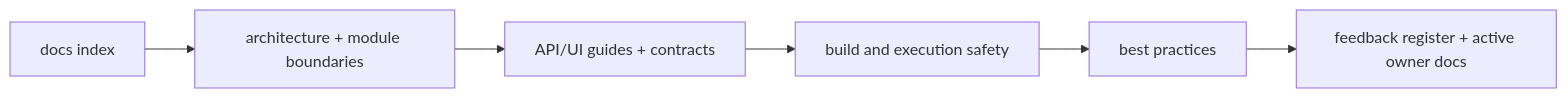
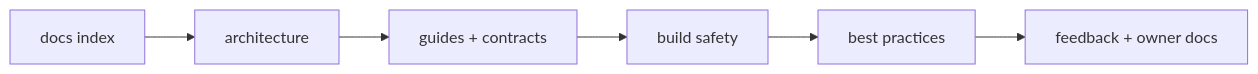
One commit to crististefanita/demo2 changed the diagram in docs/README.md. Above: the diagram before and after it, drawn with Mermaid. The commit also changed 132 other files, not shown here.

````diff
--- a/docs/README.md
+++ b/docs/README.md
@@ -30,8 +30,8 @@
 ```mermaid
 flowchart LR
-    Docs[docs index] --> Architecture[architecture + module boundaries]
-    Architecture --> Guides[API/UI guides + contracts]
-    Guides --> Safety[build and execution safety]
+    Docs[docs index] --> Architecture[architecture]
+    Architecture --> Guides[guides + contracts]
+    Guides --> Safety[build safety]
     Safety --> Practices[best practices]
-    Practices --> Feedback[feedback register + active owner docs]
+    Practices --> Feedback[feedback + owner docs]
 ```
````
